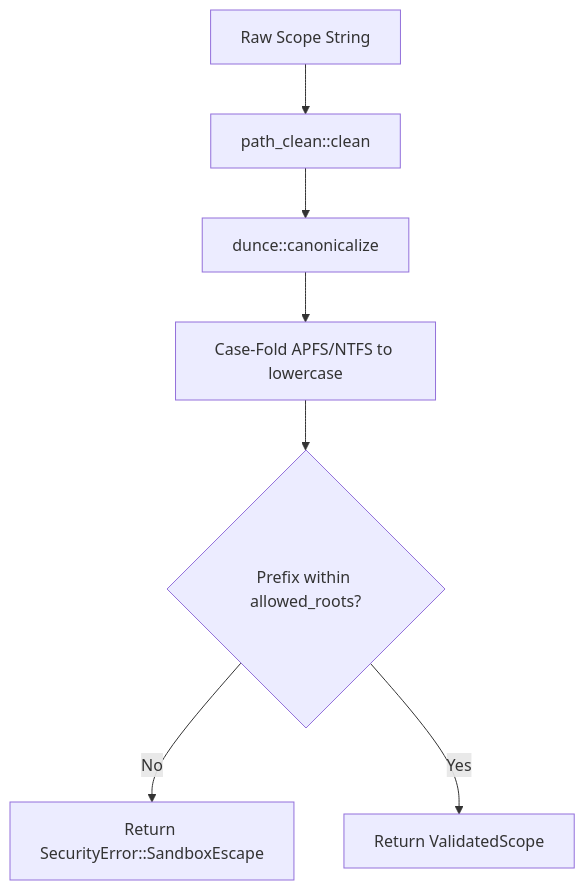
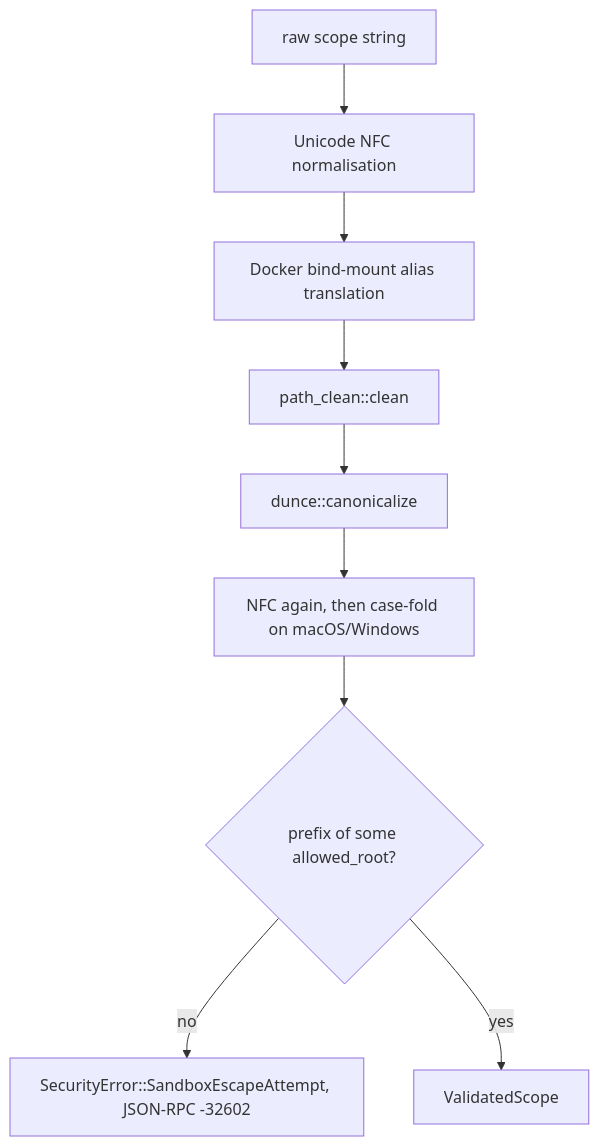
The diagram in .agents/skills/mesh-security-governance/SKILL.md (VictorAgahi/causalmesh), drawn with Mermaid before and after one commit. The commit also changed other lines of this file and 29 other files, not shown here.

````diff
--- a/.agents/skills/mesh-security-governance/SKILL.md
+++ b/.agents/skills/mesh-security-governance/SKILL.md
@@ -36,9 +54,11 @@
 ```mermaid
 graph TD
-    A[Raw Scope String] --> B[path_clean::clean]
-    B --> C[dunce::canonicalize]
-    C --> D[Case-Fold APFS/NTFS to lowercase]
-    D --> E{Prefix within allowed_roots?}
-    E -->|No| F[Return SecurityError::SandboxEscape]
-    E -->|Yes| G[Return ValidatedScope]
+    A[raw scope string] --> B[Unicode NFC normalisation]
+    B --> C[Docker bind-mount alias translation]
+    C --> D[path_clean::clean]
+    D --> E[dunce::canonicalize]
+    E --> F[NFC again, then case-fold on macOS/Windows]
+    F --> G{prefix of some allowed_root?}
+    G -->|no| H[SecurityError::SandboxEscapeAttempt, JSON-RPC -32602]
+    G -->|yes| I[ValidatedScope]
 ```
````
